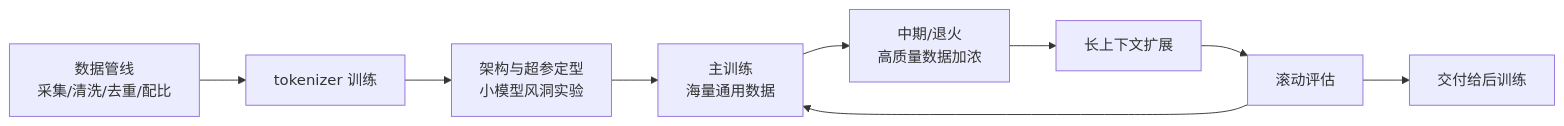
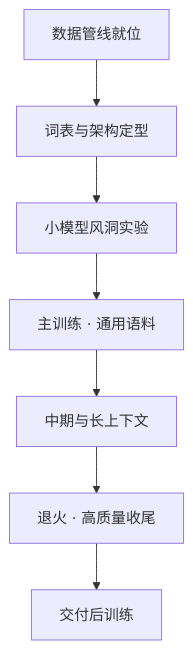
One commit to ChaoyuWang04/MockInterview changed the diagram in knowledge/02-预训练与微调/预训练流程.md. Above: the diagram before and after it, drawn with Mermaid. The commit also changed other lines of this file and 6 other files, not shown here.

````diff
--- a/knowledge/02-预训练与微调/预训练流程.md
+++ b/knowledge/02-预训练与微调/预训练流程.md
@@ -9,10 +81,9 @@
 ```mermaid
-flowchart LR
-    A[数据管线<br>采集/清洗/去重/配比] --> B[tokenizer 训练]
-    B --> C[架构与超参定型<br>小模型风洞实验]
-    C --> D[主训练<br>海量通用数据]
-    D --> E[中期/退火<br>高质量数据加浓]
-    E --> F[长上下文扩展]
-    F --> G[滚动评估] --> D
-    G --> H[交付给后训练]
+flowchart TD
+    A[数据管线就位] --> B[词表与架构定型]
+    B --> C[小模型风洞实验]
+    C --> D[主训练 · 通用语料]
+    D --> E[中期与长上下文]
+    E --> F[退火 · 高质量收尾]
+    F --> G[交付后训练]
 ```
````
